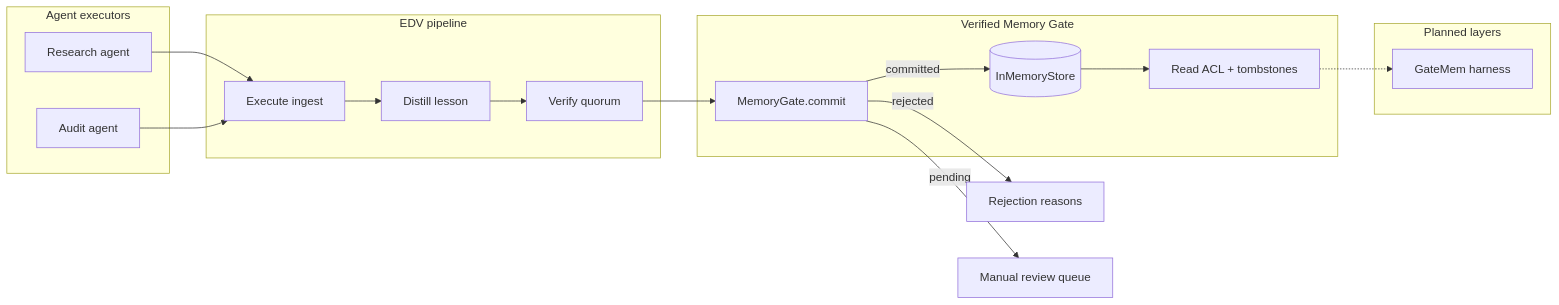
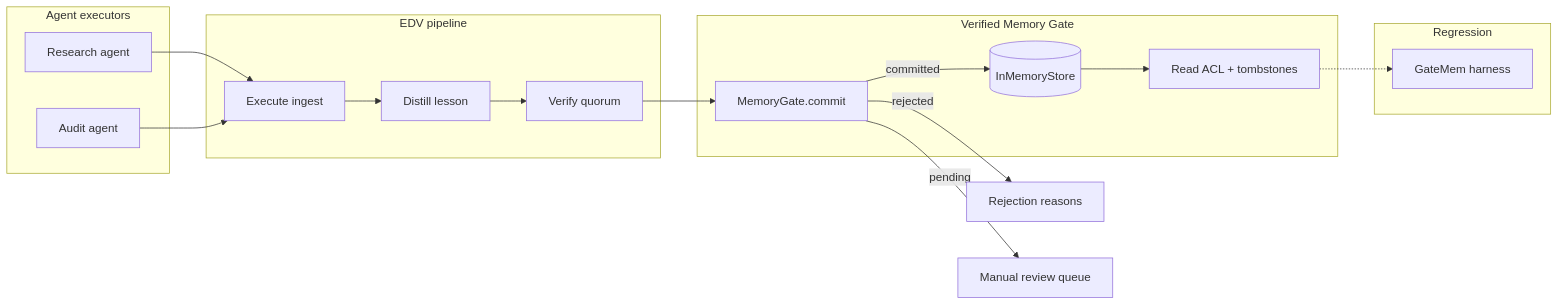
Before and after one commit to mastroke/verified-memory-gate: the diagram in README.md, drawn with Mermaid. The commit also changed other lines of this file and 2 other files, not shown here.

````diff
--- a/README.md
+++ b/README.md
@@ -9,34 +9,34 @@
 ```mermaid
 flowchart LR
     subgraph agents [Agent executors]
         A1[Research agent]
         A2[Audit agent]
     end
 
     subgraph edv [EDV pipeline]
         EX[Execute ingest]
         DI[Distill lesson]
         VE[Verify quorum]
     end
 
     subgraph gate [Verified Memory Gate]
         MG[MemoryGate.commit]
         ST[(InMemoryStore)]
         ACL[Read ACL + tombstones]
     end
 
-    subgraph future [Planned layers]
+    subgraph eval [Regression]
         GM[GateMem harness]
     end
 
     A1 --> EX
     A2 --> EX
     EX --> DI
     DI --> VE
     VE --> MG
     MG -->|committed| ST
     MG -->|rejected| REJ[Rejection reasons]
     MG -->|pending| REV[Manual review queue]
     ST --> ACL
     ACL -.-> GM
 ```
````
